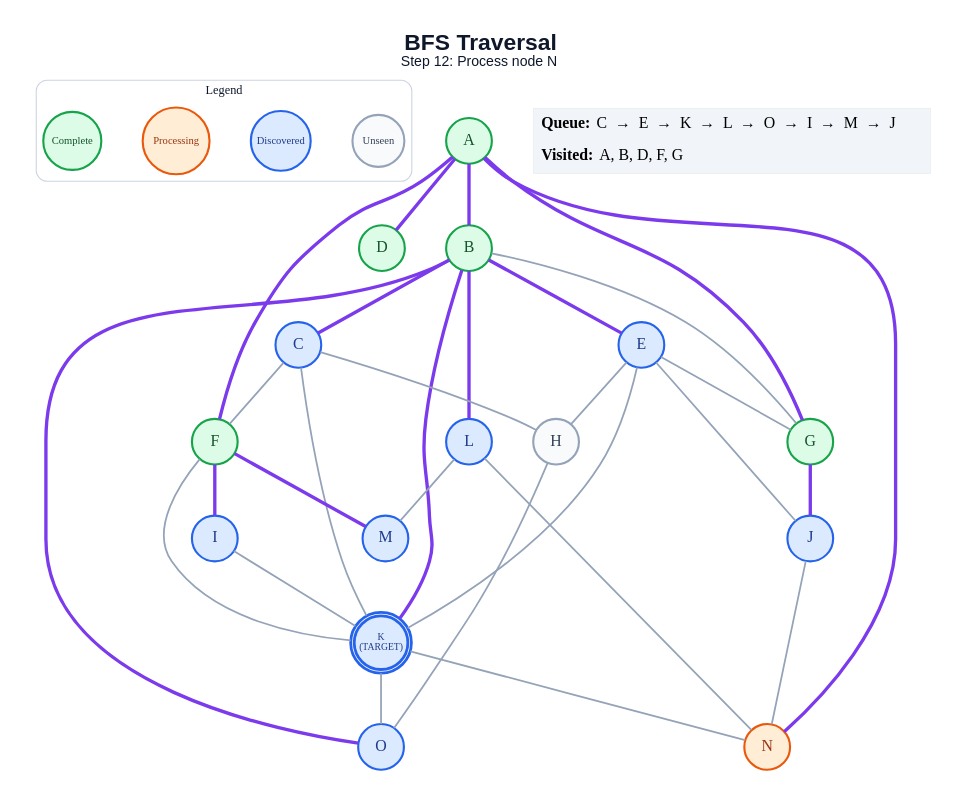
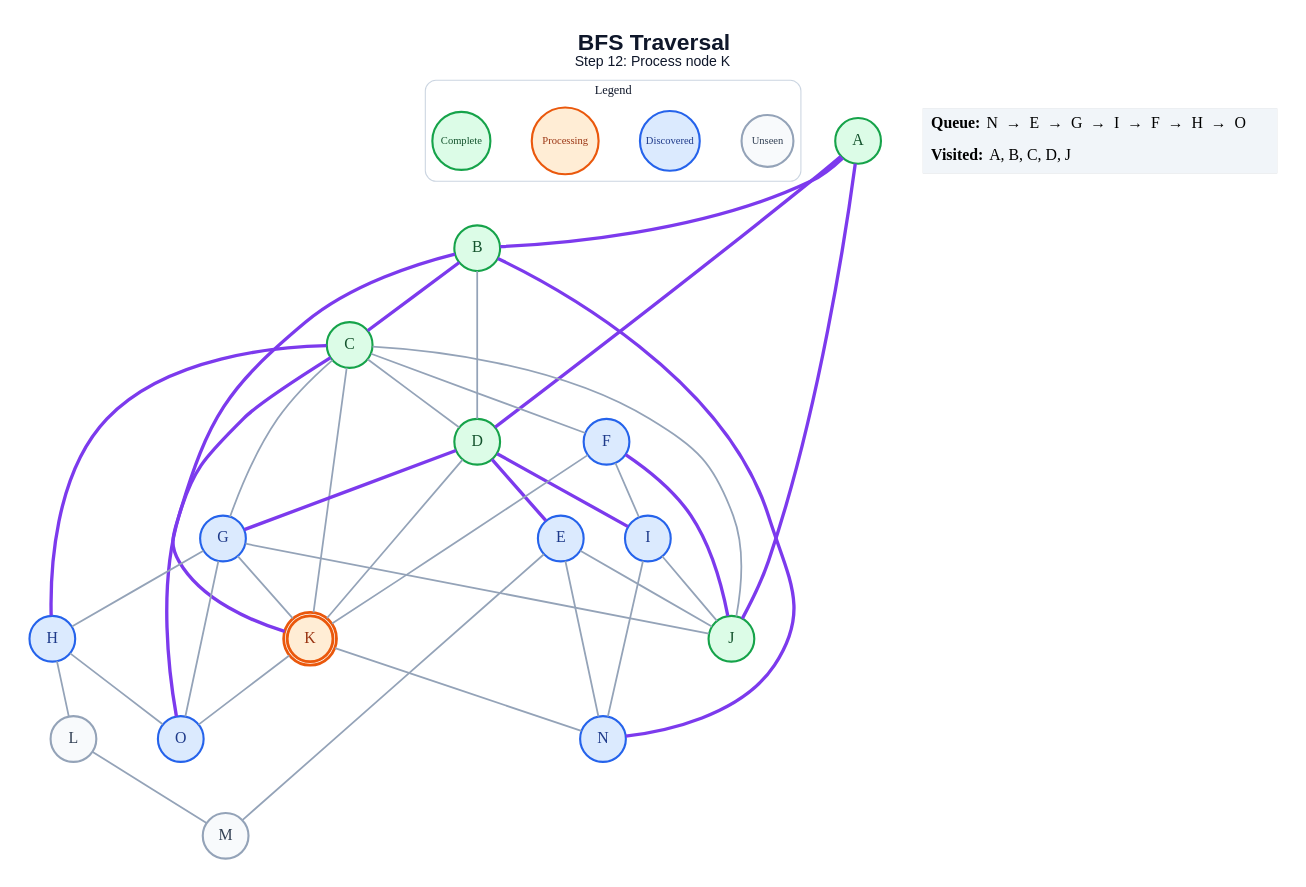
One commit to anon7238593-create/ai-slop changed the diagram in generated/bfs/step_12.dot. Above: the diagram before and after it, drawn with Graphviz. The commit also changed 213 other files, not shown here.

```diff
--- a/generated/bfs/step_12.dot
+++ b/generated/bfs/step_12.dot
@@ -1,63 +1,69 @@
 graph traversal {
   graph [layout=dot, rankdir=TB, bgcolor="#FFFFFF", pad="0.35", nodesep="0.65", ranksep="0.8", fontname="Arial"];
   node [shape=circle, style="filled", fontname="Arial Bold", fontsize=18, width=0.72, fixedsize=true, penwidth=2.4];
   edge [color="#94A3B8", penwidth=2.0];
-  label=<<B>BFS Traversal</B><BR/><FONT POINT-SIZE="16">Step 12: Process node N</FONT>>; labelloc="t"; fontsize=26; fontname="Arial"; fontcolor="#0F172A";
+  label=<<B>BFS Traversal</B><BR/><FONT POINT-SIZE="16">Step 12: Process node K</FONT>>; labelloc="t"; fontsize=26; fontname="Arial"; fontcolor="#0F172A";
   subgraph cluster_legend { label="Legend"; color="#CBD5E1"; penwidth=1.2; style="rounded"; fontsize=14; fontname="Arial Bold";
     key_unseen [label="Unseen", fillcolor="#F8FAFC", color="#94A3B8", fontcolor="#334155", fontsize=12, width=0.82];
     key_frontier [label="Discovered", fillcolor="#DBEAFE", color="#2563EB", fontcolor="#1E3A8A", fontsize=12, width=0.95];
     key_current [label="Processing", fillcolor="#FFEDD5", color="#EA580C", fontcolor="#9A3412", fontsize=12, width=1.05];
     key_done [label="Complete", fillcolor="#DCFCE7", color="#16A34A", fontcolor="#14532D", fontsize=12, width=0.92];
     { rank=same; key_unseen; key_frontier; key_current; key_done; }
   }
   A [label="A", fillcolor="#DCFCE7", color="#16A34A", fontcolor="#14532D", peripheries=1, penwidth=2.4];
   B [label="B", fillcolor="#DCFCE7", color="#16A34A", fontcolor="#14532D", peripheries=1, penwidth=2.4];
-  C [label="C", fillcolor="#DBEAFE", color="#2563EB", fontcolor="#1E3A8A", peripheries=1, penwidth=2.4];
+  C [label="C", fillcolor="#DCFCE7", color="#16A34A", fontcolor="#14532D", peripheries=1, penwidth=2.4];
   D [label="D", fillcolor="#DCFCE7", color="#16A34A", fontcolor="#14532D", peripheries=1, penwidth=2.4];
   E [label="E", fillcolor="#DBEAFE", color="#2563EB", fontcolor="#1E3A8A", peripheries=1, penwidth=2.4];
-  F [label="F", fillcolor="#DCFCE7", color="#16A34A", fontcolor="#14532D", peripheries=1, penwidth=2.4];
-  G [label="G", fillcolor="#DCFCE7", color="#16A34A", fontcolor="#14532D", peripheries=1, penwidth=2.4];
-  H [label="H", fillcolor="#F8FAFC", color="#94A3B8", fontcolor="#334155", peripheries=1, penwidth=2.4];
+  F [label="F", fillcolor="#DBEAFE", color="#2563EB", fontcolor="#1E3A8A", peripheries=1, penwidth=2.4];
+  G [label="G", fillcolor="#DBEAFE", color="#2563EB", fontcolor="#1E3A8A", peripheries=1, penwidth=2.4];
+  H [label="H", fillcolor="#DBEAFE", color="#2563EB", fontcolor="#1E3A8A", peripheries=1, penwidth=2.4];
   I [label="I", fillcolor="#DBEAFE", color="#2563EB", fontcolor="#1E3A8A", peripheries=1, penwidth=2.4];
-  J [label="J", fillcolor="#DBEAFE", color="#2563EB", fontcolor="#1E3A8A", peripheries=1, penwidth=2.4];
-  K [label="K\n(TARGET)", fillcolor="#DBEAFE", color="#2563EB", fontcolor="#1E3A8A", peripheries=2, penwidth=3.2, fontsize=11, width=0.85, height=0.85];
-  L [label="L", fillcolor="#DBEAFE", color="#2563EB", fontcolor="#1E3A8A", peripheries=1, penwidth=2.4];
-  M [label="M", fillcolor="#DBEAFE", color="#2563EB", fontcolor="#1E3A8A", peripheries=1, penwidth=2.4];
-  N [label="N", fillcolor="#FFEDD5", color="#EA580C", fontcolor="#9A3412", peripheries=1, penwidth=2.4];
+  J [label="J", fillcolor="#DCFCE7", color="#16A34A", fontcolor="#14532D", peripheries=1, penwidth=2.4];
+  K [label="K", fillcolor="#FFEDD5", color="#EA580C", fontcolor="#9A3412", peripheries=2, penwidth=3.2];
+  L [label="L", fillcolor="#F8FAFC", color="#94A3B8", fontcolor="#334155", peripheries=1, penwidth=2.4];
+  M [label="M", fillcolor="#F8FAFC", color="#94A3B8", fontcolor="#334155", peripheries=1, penwidth=2.4];
+  N [label="N", fillcolor="#DBEAFE", color="#2563EB", fontcolor="#1E3A8A", peripheries=1, penwidth=2.4];
   O [label="O", fillcolor="#DBEAFE", color="#2563EB", fontcolor="#1E3A8A", peripheries=1, penwidth=2.4];
   A -- B [color="#7C3AED", penwidth=3.8];
   A -- D [color="#7C3AED", penwidth=3.8];
-  A -- F [color="#7C3AED", penwidth=3.8];
-  A -- G [color="#7C3AED", penwidth=3.8];
-  A -- N [color="#7C3AED", penwidth=3.8];
+  A -- J [color="#7C3AED", penwidth=3.8];
   B -- C [color="#7C3AED", penwidth=3.8];
-  B -- E [color="#7C3AED", penwidth=3.8];
-  B -- G;
+  B -- D;
   B -- K [color="#7C3AED", penwidth=3.8];
-  B -- L [color="#7C3AED", penwidth=3.8];
-  B -- O [color="#7C3AED", penwidth=3.8];
+  B -- N [color="#7C3AED", penwidth=3.8];
+  C -- D;
   C -- F;
-  C -- H;
+  C -- G;
+  C -- H [color="#7C3AED", penwidth=3.8];
+  C -- J;
   C -- K;
-  E -- G;
-  E -- H;
+  C -- O [color="#7C3AED", penwidth=3.8];
+  D -- E [color="#7C3AED", penwidth=3.8];
+  D -- G [color="#7C3AED", penwidth=3.8];
+  D -- I [color="#7C3AED", penwidth=3.8];
+  D -- K;
   E -- J;
-  E -- K;
-  F -- I [color="#7C3AED", penwidth=3.8];
+  E -- M;
+  E -- N;
+  F -- I;
+  F -- J [color="#7C3AED", penwidth=3.8];
   F -- K;
-  F -- M [color="#7C3AED", penwidth=3.8];
-  G -- J [color="#7C3AED", penwidth=3.8];
+  G -- H;
+  G -- J;
+  G -- K;
+  G -- O;
+  H -- L;
   H -- O;
-  I -- K;
-  J -- N;
+  I -- J;
+  I -- N;
   K -- N;
   K -- O;
   L -- M;
-  L -- N;
   status [shape=plain, fixedsize=false, width=0, height=0, margin=0, label=<
     <TABLE BORDER="0" CELLBORDER="0" CELLPADDING="7" BGCOLOR="#F1F5F9">
-      <TR><TD ALIGN="LEFT"><B>Queue:</B> C  →  E  →  K  →  L  →  O  →  I  →  M  →  J</TD></TR>
-      <TR><TD ALIGN="LEFT"><B>Visited:</B> A, B, D, F, G</TD></TR>
+      <TR><TD ALIGN="LEFT"><B>Queue:</B> N  →  E  →  G  →  I  →  F  →  H  →  O</TD></TR>
+      <TR><TD ALIGN="LEFT"><B>Visited:</B> A, B, C, D, J</TD></TR>
     </TABLE>
   >];
 }
```
